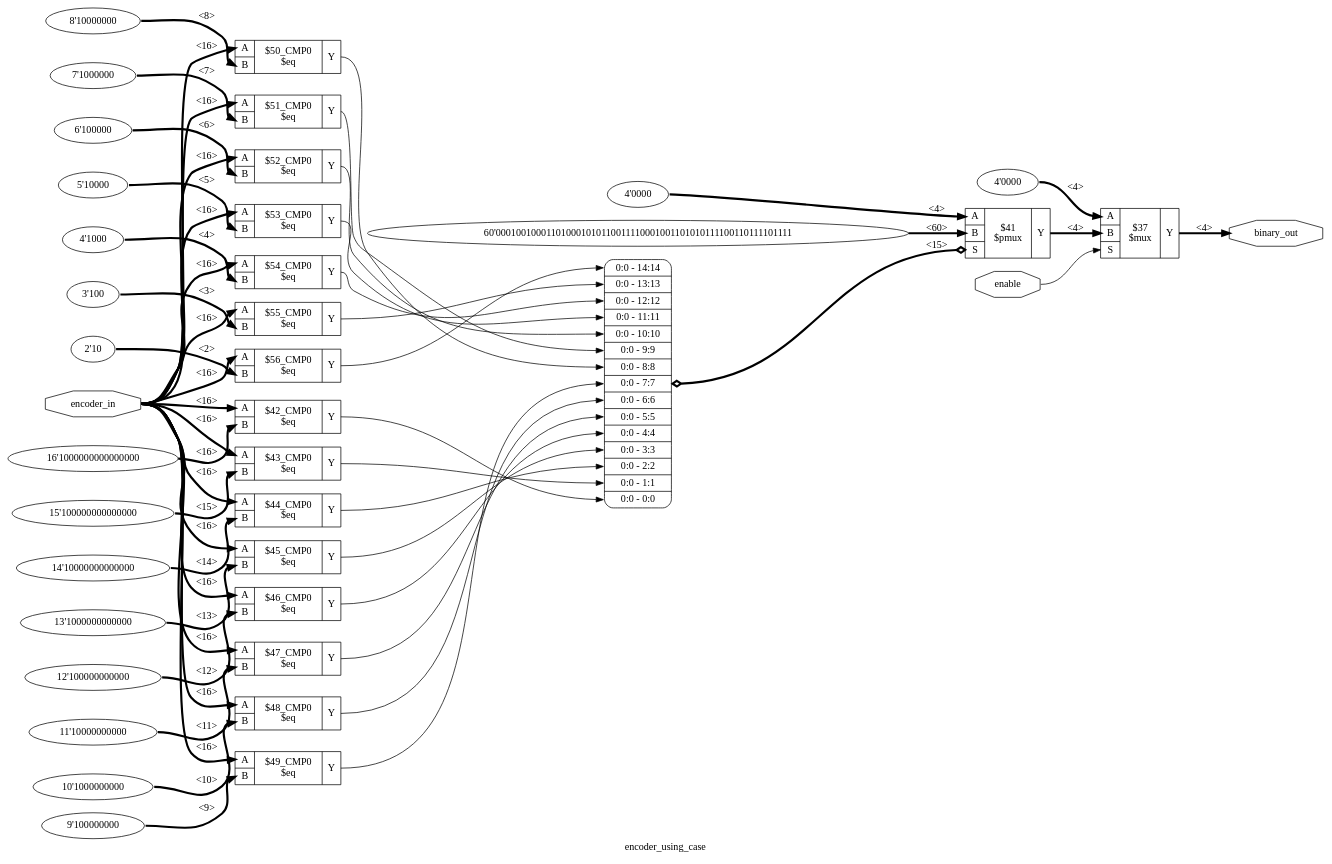
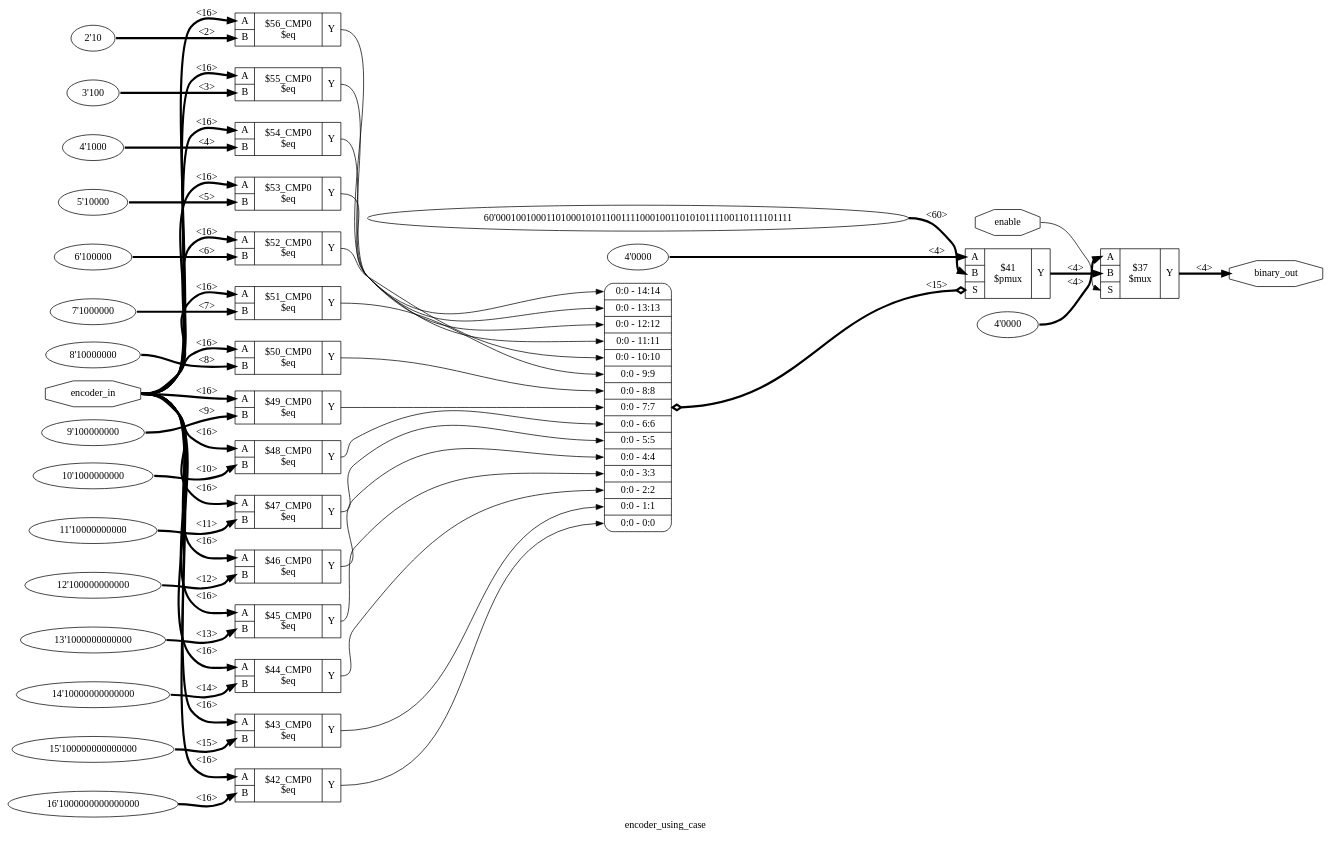
The diagram in dot/encoder_using_case_df.dot (theo-learner/bFlow), drawn with Graphviz before and after one commit. The commit also changed 58 other files, not shown here.

```diff
--- a/dot/encoder_using_case_df.dot
+++ b/dot/encoder_using_case_df.dot
@@ -1,96 +1,96 @@
 digraph "encoder_using_case" {
 label="encoder_using_case";
 rankdir="LR";
 remincross=true;
-n2 [ shape=octagon, label="binary_out", color="black", fontcolor="black" ];
-n3 [ shape=octagon, label="enable", color="black", fontcolor="black" ];
-n4 [ shape=octagon, label="encoder_in", color="black", fontcolor="black" ];
-v0 [ label="4'0000" ];
-c25 [ shape=record, label="{{<p21> A|<p22> B|<p23> S}|$37\n$mux|{<p24> Y}}" ];
-v1 [ label="16'1000000000000000" ];
-c26 [ shape=record, label="{{<p21> A|<p22> B}|$42_CMP0\n$eq|{<p24> Y}}" ];
-v2 [ label="4'0000" ];
-v3 [ label="60'000100100011010001010110011110001001101010111100110111101111" ];
-c27 [ shape=record, label="{{<p21> A|<p22> B|<p23> S}|$41\n$pmux|{<p24> Y}}" ];
-x4 [ shape=record, style=rounded, label="<s14> 0:0 - 14:14 |<s13> 0:0 - 13:13 |<s12> 0:0 - 12:12 |<s11> 0:0 - 11:11 |<s10> 0:0 - 10:10 |<s9> 0:0 - 9:9 |<s8> 0:0 - 8:8 |<s7> 0:0 - 7:7 |<s6> 0:0 - 6:6 |<s5> 0:0 - 5:5 |<s4> 0:0 - 4:4 |<s3> 0:0 - 3:3 |<s2> 0:0 - 2:2 |<s1> 0:0 - 1:1 |<s0> 0:0 - 0:0 " ];
-x4:e -> c27:p23:w [arrowhead=odiamond, arrowtail=odiamond, dir=both, color="black", style="setlinewidth(3)", label="<15>"];
-v5 [ label="15'100000000000000" ];
-c28 [ shape=record, label="{{<p21> A|<p22> B}|$43_CMP0\n$eq|{<p24> Y}}" ];
-v6 [ label="14'10000000000000" ];
-c29 [ shape=record, label="{{<p21> A|<p22> B}|$44_CMP0\n$eq|{<p24> Y}}" ];
-v7 [ label="13'1000000000000" ];
-c30 [ shape=record, label="{{<p21> A|<p22> B}|$45_CMP0\n$eq|{<p24> Y}}" ];
-v8 [ label="12'100000000000" ];
-c31 [ shape=record, label="{{<p21> A|<p22> B}|$46_CMP0\n$eq|{<p24> Y}}" ];
+n18 [ shape=octagon, label="encoder_in", color="black", fontcolor="black" ];
+n19 [ shape=octagon, label="enable", color="black", fontcolor="black" ];
+n20 [ shape=octagon, label="binary_out", color="black", fontcolor="black" ];
+v0 [ label="2'10" ];
+c24 [ shape=record, label="{{<p21> A|<p22> B}|$56_CMP0\n$eq|{<p23> Y}}" ];
+v1 [ label="3'100" ];
+c25 [ shape=record, label="{{<p21> A|<p22> B}|$55_CMP0\n$eq|{<p23> Y}}" ];
+v2 [ label="4'1000" ];
+c26 [ shape=record, label="{{<p21> A|<p22> B}|$54_CMP0\n$eq|{<p23> Y}}" ];
+v3 [ label="5'10000" ];
+c27 [ shape=record, label="{{<p21> A|<p22> B}|$53_CMP0\n$eq|{<p23> Y}}" ];
+v4 [ label="6'100000" ];
+c28 [ shape=record, label="{{<p21> A|<p22> B}|$52_CMP0\n$eq|{<p23> Y}}" ];
+v5 [ label="7'1000000" ];
+c29 [ shape=record, label="{{<p21> A|<p22> B}|$51_CMP0\n$eq|{<p23> Y}}" ];
+v6 [ label="8'10000000" ];
+c30 [ shape=record, label="{{<p21> A|<p22> B}|$50_CMP0\n$eq|{<p23> Y}}" ];
+v7 [ label="9'100000000" ];
+c31 [ shape=record, label="{{<p21> A|<p22> B}|$49_CMP0\n$eq|{<p23> Y}}" ];
+v8 [ label="10'1000000000" ];
+c32 [ shape=record, label="{{<p21> A|<p22> B}|$48_CMP0\n$eq|{<p23> Y}}" ];
 v9 [ label="11'10000000000" ];
-c32 [ shape=record, label="{{<p21> A|<p22> B}|$47_CMP0\n$eq|{<p24> Y}}" ];
-v10 [ label="10'1000000000" ];
-c33 [ shape=record, label="{{<p21> A|<p22> B}|$48_CMP0\n$eq|{<p24> Y}}" ];
-v11 [ label="9'100000000" ];
-c34 [ shape=record, label="{{<p21> A|<p22> B}|$49_CMP0\n$eq|{<p24> Y}}" ];
-v12 [ label="8'10000000" ];
-c35 [ shape=record, label="{{<p21> A|<p22> B}|$50_CMP0\n$eq|{<p24> Y}}" ];
-v13 [ label="7'1000000" ];
-c36 [ shape=record, label="{{<p21> A|<p22> B}|$51_CMP0\n$eq|{<p24> Y}}" ];
-v14 [ label="6'100000" ];
-c37 [ shape=record, label="{{<p21> A|<p22> B}|$52_CMP0\n$eq|{<p24> Y}}" ];
-v15 [ label="5'10000" ];
-c38 [ shape=record, label="{{<p21> A|<p22> B}|$53_CMP0\n$eq|{<p24> Y}}" ];
-v16 [ label="4'1000" ];
-c39 [ shape=record, label="{{<p21> A|<p22> B}|$54_CMP0\n$eq|{<p24> Y}}" ];
-v17 [ label="3'100" ];
-c40 [ shape=record, label="{{<p21> A|<p22> B}|$55_CMP0\n$eq|{<p24> Y}}" ];
-v18 [ label="2'10" ];
-c41 [ shape=record, label="{{<p21> A|<p22> B}|$56_CMP0\n$eq|{<p24> Y}}" ];
-c31:p24:e -> x4:s4:w [color="black", label=""];
-c32:p24:e -> x4:s5:w [color="black", label=""];
-c33:p24:e -> x4:s6:w [color="black", label=""];
-c34:p24:e -> x4:s7:w [color="black", label=""];
-c35:p24:e -> x4:s8:w [color="black", label=""];
-c36:p24:e -> x4:s9:w [color="black", label=""];
-c37:p24:e -> x4:s10:w [color="black", label=""];
-c38:p24:e -> x4:s11:w [color="black", label=""];
-c39:p24:e -> x4:s12:w [color="black", label=""];
-c40:p24:e -> x4:s13:w [color="black", label=""];
-c25:p24:e -> n2:w [color="black", style="setlinewidth(3)", label="<4>"];
-c41:p24:e -> x4:s14:w [color="black", label=""];
-n3:e -> c25:p23:w [color="black", label=""];
-n4:e -> c26:p21:w [color="black", style="setlinewidth(3)", label="<16>"];
-n4:e -> c28:p21:w [color="black", style="setlinewidth(3)", label="<16>"];
-n4:e -> c29:p21:w [color="black", style="setlinewidth(3)", label="<16>"];
-n4:e -> c30:p21:w [color="black", style="setlinewidth(3)", label="<16>"];
-n4:e -> c31:p21:w [color="black", style="setlinewidth(3)", label="<16>"];
-n4:e -> c32:p21:w [color="black", style="setlinewidth(3)", label="<16>"];
-n4:e -> c33:p21:w [color="black", style="setlinewidth(3)", label="<16>"];
-n4:e -> c34:p21:w [color="black", style="setlinewidth(3)", label="<16>"];
-n4:e -> c35:p21:w [color="black", style="setlinewidth(3)", label="<16>"];
-n4:e -> c36:p21:w [color="black", style="setlinewidth(3)", label="<16>"];
-n4:e -> c37:p21:w [color="black", style="setlinewidth(3)", label="<16>"];
-n4:e -> c38:p21:w [color="black", style="setlinewidth(3)", label="<16>"];
-n4:e -> c39:p21:w [color="black", style="setlinewidth(3)", label="<16>"];
-n4:e -> c40:p21:w [color="black", style="setlinewidth(3)", label="<16>"];
-n4:e -> c41:p21:w [color="black", style="setlinewidth(3)", label="<16>"];
-c27:p24:e -> c25:p22:w [color="black", style="setlinewidth(3)", label="<4>"];
-c26:p24:e -> x4:s0:w [color="black", label=""];
-c28:p24:e -> x4:s1:w [color="black", label=""];
-c29:p24:e -> x4:s2:w [color="black", label=""];
-c30:p24:e -> x4:s3:w [color="black", label=""];
-v0:e -> c25:p21:w [color="black", style="setlinewidth(3)", label="<4>"];
-v1:e -> c26:p22:w [color="black", style="setlinewidth(3)", label="<16>"];
-v10:e -> c33:p22:w [color="black", style="setlinewidth(3)", label="<10>"];
-v11:e -> c34:p22:w [color="black", style="setlinewidth(3)", label="<9>"];
-v12:e -> c35:p22:w [color="black", style="setlinewidth(3)", label="<8>"];
-v13:e -> c36:p22:w [color="black", style="setlinewidth(3)", label="<7>"];
-v14:e -> c37:p22:w [color="black", style="setlinewidth(3)", label="<6>"];
-v15:e -> c38:p22:w [color="black", style="setlinewidth(3)", label="<5>"];
-v16:e -> c39:p22:w [color="black", style="setlinewidth(3)", label="<4>"];
-v17:e -> c40:p22:w [color="black", style="setlinewidth(3)", label="<3>"];
-v18:e -> c41:p22:w [color="black", style="setlinewidth(3)", label="<2>"];
-v2:e -> c27:p21:w [color="black", style="setlinewidth(3)", label="<4>"];
-v3:e -> c27:p22:w [color="black", style="setlinewidth(3)", label="<60>"];
-v5:e -> c28:p22:w [color="black", style="setlinewidth(3)", label="<15>"];
-v6:e -> c29:p22:w [color="black", style="setlinewidth(3)", label="<14>"];
-v7:e -> c30:p22:w [color="black", style="setlinewidth(3)", label="<13>"];
-v8:e -> c31:p22:w [color="black", style="setlinewidth(3)", label="<12>"];
-v9:e -> c32:p22:w [color="black", style="setlinewidth(3)", label="<11>"];
+c33 [ shape=record, label="{{<p21> A|<p22> B}|$47_CMP0\n$eq|{<p23> Y}}" ];
+v10 [ label="12'100000000000" ];
+c34 [ shape=record, label="{{<p21> A|<p22> B}|$46_CMP0\n$eq|{<p23> Y}}" ];
+v11 [ label="13'1000000000000" ];
+c35 [ shape=record, label="{{<p21> A|<p22> B}|$45_CMP0\n$eq|{<p23> Y}}" ];
+v12 [ label="14'10000000000000" ];
+c36 [ shape=record, label="{{<p21> A|<p22> B}|$44_CMP0\n$eq|{<p23> Y}}" ];
+v13 [ label="15'100000000000000" ];
+c37 [ shape=record, label="{{<p21> A|<p22> B}|$43_CMP0\n$eq|{<p23> Y}}" ];
+v15 [ label="60'000100100011010001010110011110001001101010111100110111101111" ];
+v16 [ label="4'0000" ];
+c39 [ shape=record, label="{{<p21> A|<p22> B|<p38> S}|$41\n$pmux|{<p23> Y}}" ];
+x14 [ shape=record, style=rounded, label="<s14> 0:0 - 14:14 |<s13> 0:0 - 13:13 |<s12> 0:0 - 12:12 |<s11> 0:0 - 11:11 |<s10> 0:0 - 10:10 |<s9> 0:0 - 9:9 |<s8> 0:0 - 8:8 |<s7> 0:0 - 7:7 |<s6> 0:0 - 6:6 |<s5> 0:0 - 5:5 |<s4> 0:0 - 4:4 |<s3> 0:0 - 3:3 |<s2> 0:0 - 2:2 |<s1> 0:0 - 1:1 |<s0> 0:0 - 0:0 " ];
+x14:e -> c39:p38:w [arrowhead=odiamond, arrowtail=odiamond, dir=both, color="black", style="setlinewidth(3)", label="<15>"];
+v17 [ label="16'1000000000000000" ];
+c40 [ shape=record, label="{{<p21> A|<p22> B}|$42_CMP0\n$eq|{<p23> Y}}" ];
+v18 [ label="4'0000" ];
+c41 [ shape=record, label="{{<p21> A|<p22> B|<p38> S}|$37\n$mux|{<p23> Y}}" ];
+c37:p23:e -> x14:s1:w [color="black", label=""];
+c26:p23:e -> x14:s12:w [color="black", label=""];
+c40:p23:e -> x14:s0:w [color="black", label=""];
+c25:p23:e -> x14:s13:w [color="black", label=""];
+c24:p23:e -> x14:s14:w [color="black", label=""];
+c39:p23:e -> c41:p22:w [color="black", style="setlinewidth(3)", label="<4>"];
+c27:p23:e -> x14:s11:w [color="black", label=""];
+c28:p23:e -> x14:s10:w [color="black", label=""];
+n18:e -> c24:p21:w [color="black", style="setlinewidth(3)", label="<16>"];
+n18:e -> c25:p21:w [color="black", style="setlinewidth(3)", label="<16>"];
+n18:e -> c26:p21:w [color="black", style="setlinewidth(3)", label="<16>"];
+n18:e -> c27:p21:w [color="black", style="setlinewidth(3)", label="<16>"];
+n18:e -> c28:p21:w [color="black", style="setlinewidth(3)", label="<16>"];
+n18:e -> c29:p21:w [color="black", style="setlinewidth(3)", label="<16>"];
+n18:e -> c30:p21:w [color="black", style="setlinewidth(3)", label="<16>"];
+n18:e -> c31:p21:w [color="black", style="setlinewidth(3)", label="<16>"];
+n18:e -> c32:p21:w [color="black", style="setlinewidth(3)", label="<16>"];
+n18:e -> c33:p21:w [color="black", style="setlinewidth(3)", label="<16>"];
+n18:e -> c34:p21:w [color="black", style="setlinewidth(3)", label="<16>"];
+n18:e -> c35:p21:w [color="black", style="setlinewidth(3)", label="<16>"];
+n18:e -> c36:p21:w [color="black", style="setlinewidth(3)", label="<16>"];
+n18:e -> c37:p21:w [color="black", style="setlinewidth(3)", label="<16>"];
+n18:e -> c40:p21:w [color="black", style="setlinewidth(3)", label="<16>"];
+n19:e -> c41:p38:w [color="black", label=""];
+c29:p23:e -> x14:s9:w [color="black", label=""];
+c41:p23:e -> n20:w [color="black", style="setlinewidth(3)", label="<4>"];
+c30:p23:e -> x14:s8:w [color="black", label=""];
+c31:p23:e -> x14:s7:w [color="black", label=""];
+c32:p23:e -> x14:s6:w [color="black", label=""];
+c33:p23:e -> x14:s5:w [color="black", label=""];
+c34:p23:e -> x14:s4:w [color="black", label=""];
+c35:p23:e -> x14:s3:w [color="black", label=""];
+c36:p23:e -> x14:s2:w [color="black", label=""];
+v0:e -> c24:p22:w [color="black", style="setlinewidth(3)", label="<2>"];
+v1:e -> c25:p22:w [color="black", style="setlinewidth(3)", label="<3>"];
+v10:e -> c34:p22:w [color="black", style="setlinewidth(3)", label="<12>"];
+v11:e -> c35:p22:w [color="black", style="setlinewidth(3)", label="<13>"];
+v12:e -> c36:p22:w [color="black", style="setlinewidth(3)", label="<14>"];
+v13:e -> c37:p22:w [color="black", style="setlinewidth(3)", label="<15>"];
+v15:e -> c39:p22:w [color="black", style="setlinewidth(3)", label="<60>"];
+v16:e -> c39:p21:w [color="black", style="setlinewidth(3)", label="<4>"];
+v17:e -> c40:p22:w [color="black", style="setlinewidth(3)", label="<16>"];
+v18:e -> c41:p21:w [color="black", style="setlinewidth(3)", label="<4>"];
+v2:e -> c26:p22:w [color="black", style="setlinewidth(3)", label="<4>"];
+v3:e -> c27:p22:w [color="black", style="setlinewidth(3)", label="<5>"];
+v4:e -> c28:p22:w [color="black", style="setlinewidth(3)", label="<6>"];
+v5:e -> c29:p22:w [color="black", style="setlinewidth(3)", label="<7>"];
+v6:e -> c30:p22:w [color="black", style="setlinewidth(3)", label="<8>"];
+v7:e -> c31:p22:w [color="black", style="setlinewidth(3)", label="<9>"];
+v8:e -> c32:p22:w [color="black", style="setlinewidth(3)", label="<10>"];
+v9:e -> c33:p22:w [color="black", style="setlinewidth(3)", label="<11>"];
 }
```
